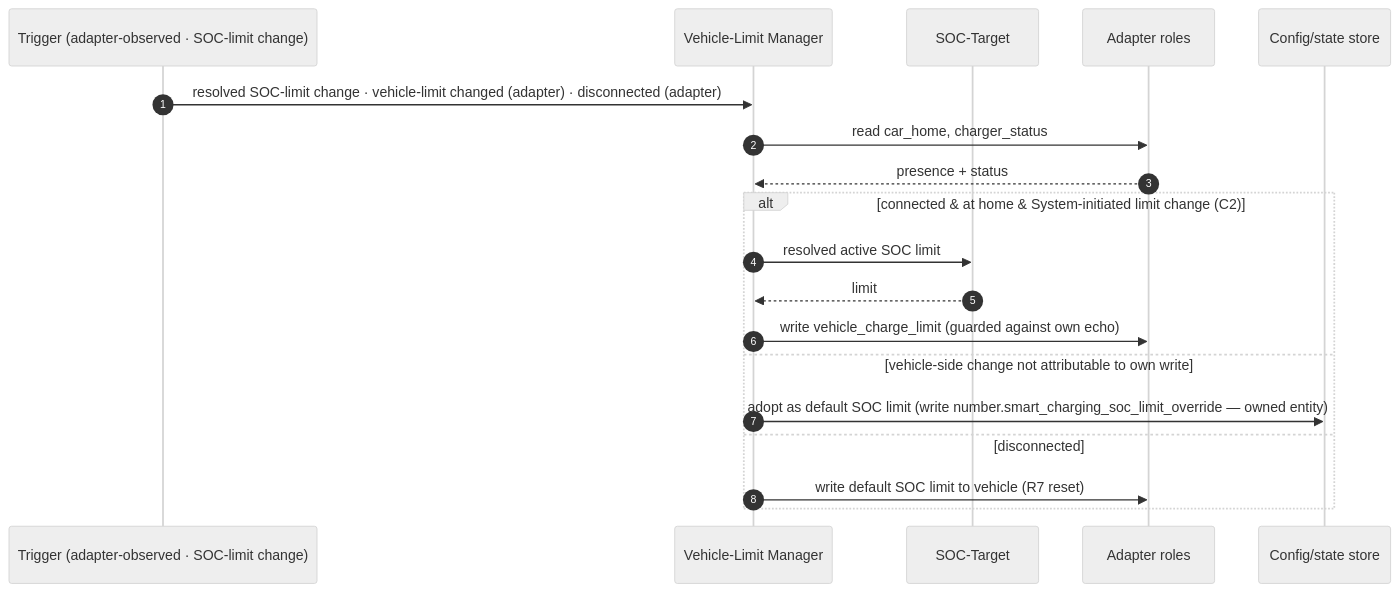
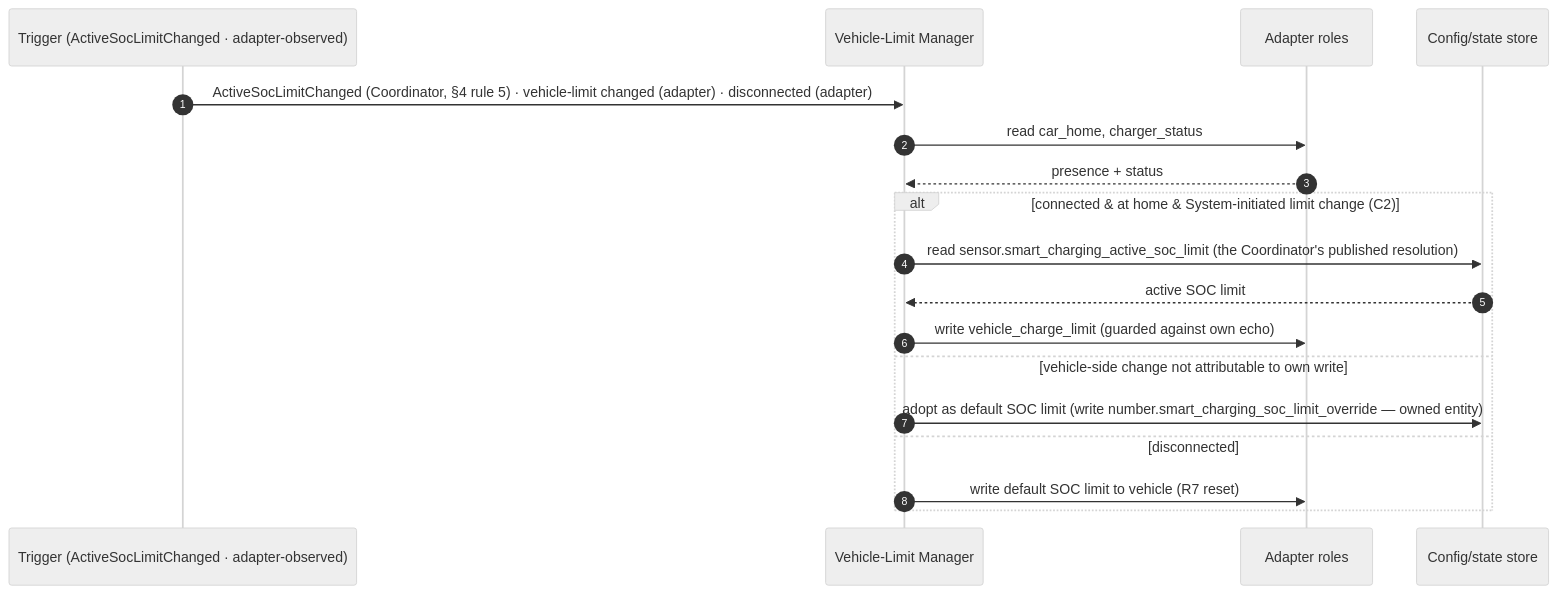
Before and after one commit to kristofdegrave/homeassistant-smart-charging: the third of 4 diagrams in docs/design/system-design.md, drawn with Mermaid (neutral theme). The commit also changed other lines of this file, not shown here.

````diff
--- a/docs/design/system-design.md
+++ b/docs/design/system-design.md
@@ -401,22 +416,21 @@
 ```mermaid
 sequenceDiagram
     autonumber
-    participant Ev as Trigger (adapter-observed · SOC-limit change)
+    participant Ev as Trigger (ActiveSocLimitChanged · adapter-observed)
     participant V as Vehicle-Limit Manager
-    participant SOC as SOC-Target
     participant A as Adapter roles
     participant S as Config/state store
 
-    Ev->>V: resolved SOC-limit change · vehicle-limit changed (adapter) · disconnected (adapter)
+    Ev->>V: ActiveSocLimitChanged (Coordinator, §4 rule 5) · vehicle-limit changed (adapter) · disconnected (adapter)
     V->>A: read car_home, charger_status
     A-->>V: presence + status
     alt connected & at home & System-initiated limit change (C2)
-        V->>SOC: resolved active SOC limit
-        SOC-->>V: limit
+        V->>S: read sensor.smart_charging_active_soc_limit (the Coordinator's published resolution)
+        S-->>V: active SOC limit
         V->>A: write vehicle_charge_limit (guarded against own echo)
     else vehicle-side change not attributable to own write
         V->>S: adopt as default SOC limit (write number.smart_charging_soc_limit_override — owned entity)
     else disconnected
         V->>A: write default SOC limit to vehicle (R7 reset)
     end
 ```
````
